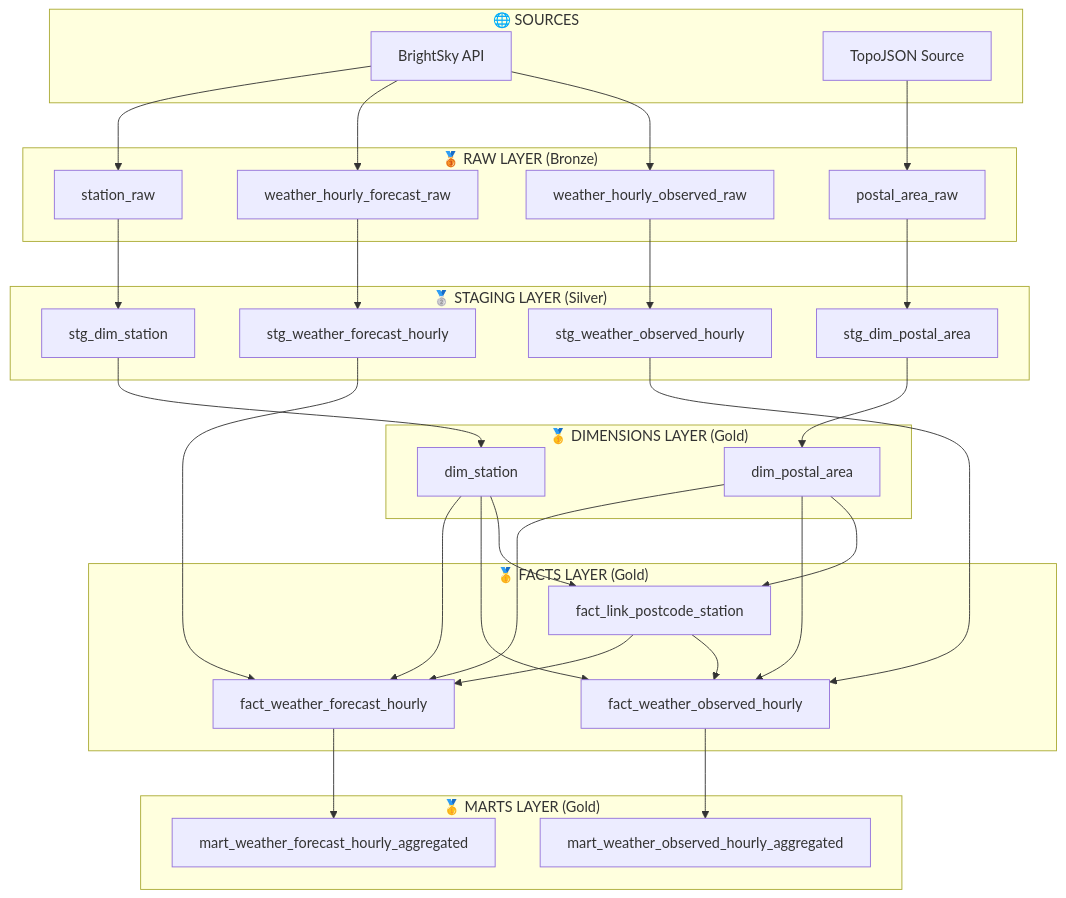
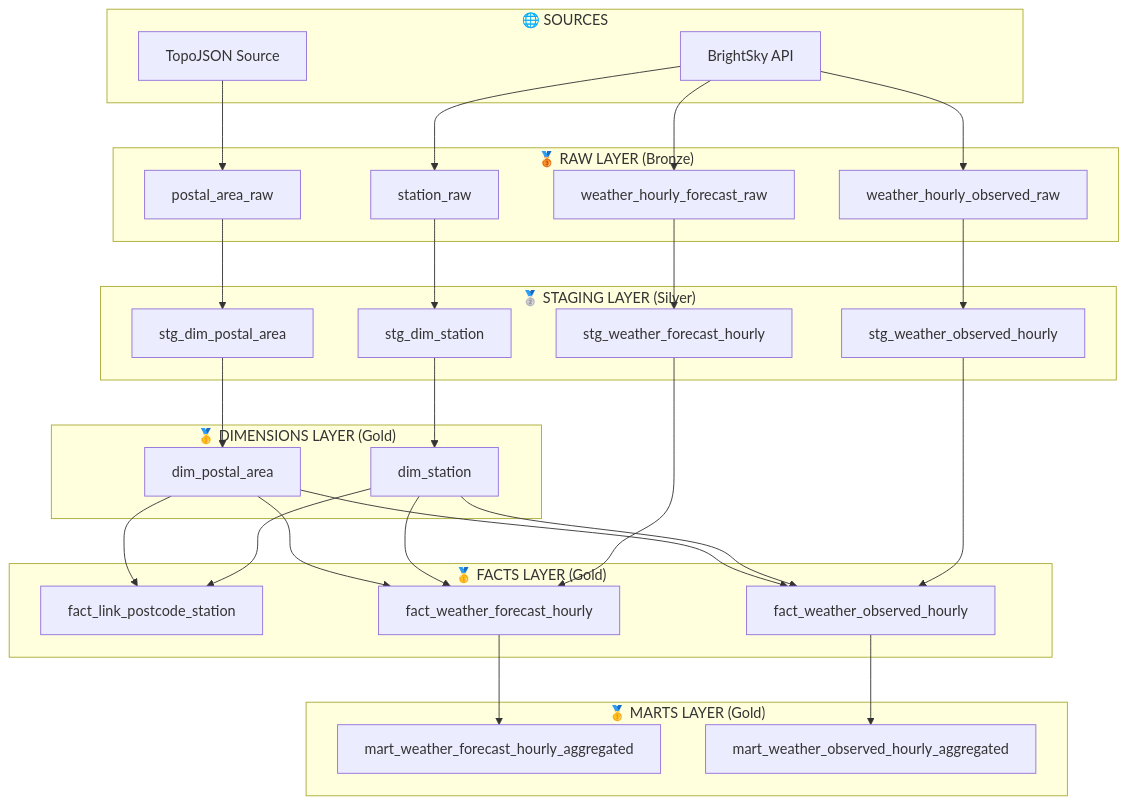
Before and after one commit to akashganguly7/weather-observations-and-forecasting: the first of 2 diagrams in README.md, drawn with Mermaid. The commit also changed other lines of this file and 5 other files, not shown here.

````diff
--- a/README.md
+++ b/README.md
@@ -72,72 +72,70 @@
 ```mermaid
 graph TD
     %% External Sources (Bronze)
     subgraph "🌐 SOURCES"
         A[BrightSky API]
         E[TopoJSON Source]
     end
     
     %% Raw Layer (Bronze)
     subgraph "🥉 RAW LAYER (Bronze)"
         B[weather_hourly_observed_raw]
         C[weather_hourly_forecast_raw]
         D[station_raw]
         F[postal_area_raw]
     end
     
     %% Staging Layer (Silver)
     subgraph "🥈 STAGING LAYER (Silver)"
         G[stg_weather_observed_hourly]
         H[stg_weather_forecast_hourly]
         I[stg_dim_station]
         J[stg_dim_postal_area]
     end
     
     %% Dimensions Layer (Gold)
     subgraph "🥇 DIMENSIONS LAYER (Gold)"
         K[dim_station]
         L[dim_postal_area]
     end
     
     %% Facts Layer (Gold)
     subgraph "🥇 FACTS LAYER (Gold)"
         M[fact_link_postcode_station]
         N[fact_weather_observed_hourly]
         O[fact_weather_forecast_hourly]
     end
     
     %% Marts Layer (Gold)
     subgraph "🥇 MARTS LAYER (Gold)"
         P[mart_weather_forecast_hourly_aggregated]
         Q[mart_weather_observed_hourly_aggregated]
     end
     
     %% Flow connections
     A --> B
     A --> C
     A --> D
     E --> F
     
     B --> G
     C --> H
     D --> I
     F --> J
     
     I --> K
     J --> L
     
     K --> M
     L --> M
     
     G --> N
     H --> O
     K --> N
     K --> O
     L --> N
     L --> O
-    M --> N
-    M --> O
     
     O --> P
     N --> Q
 ```
````
